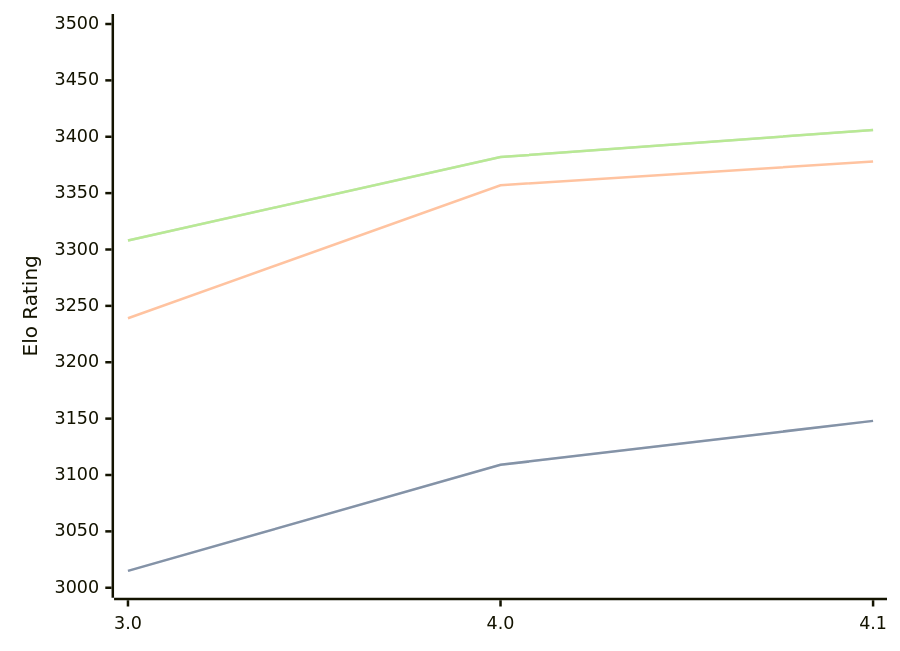
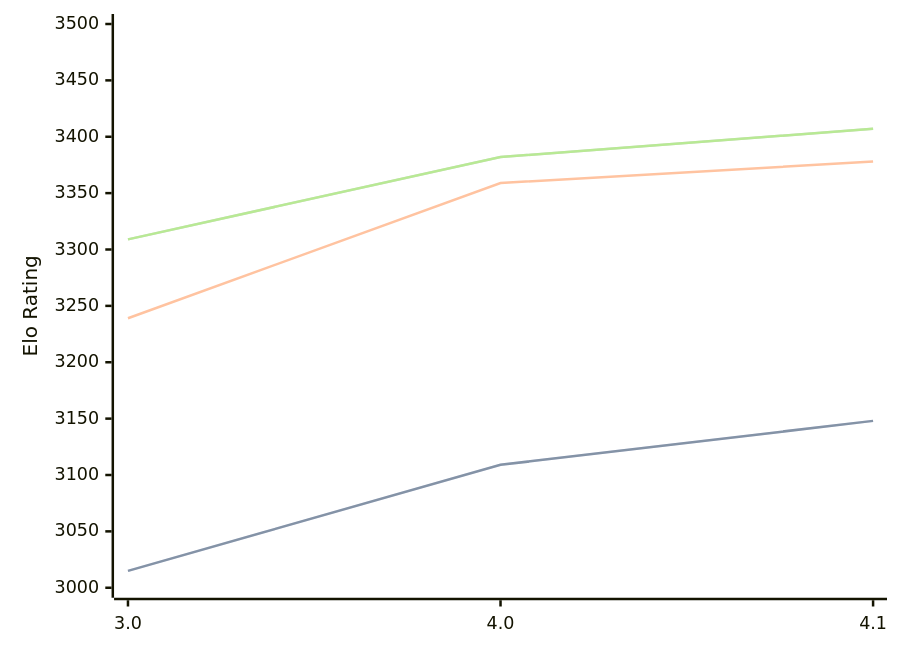
One commit to computer-chess-index/cci changed the first of 3 diagrams in engines/Eleanor.md. Above: the diagram before and after it, drawn with Mermaid. The commit also changed other lines of this file, not shown here.

Commit message:
Update CCI Ratings (ELO VLTC) - 2026-07-17

````diff
--- a/engines/Eleanor.md
+++ b/engines/Eleanor.md
@@ -35,11 +35,11 @@
 ```mermaid
 %%{init: {"theme":"base","themeVariables":{"seriesColors:['#a3a3a3','#222221','#faa371']}}}%%
 xychart-beta
   x-axis ["3.0", "4.0", "4.1"]
   y-axis "Elo Rating" 3000 --> 3500
   line "STC (8.0+0.08s)" [3015, 3109, 3148]
   line "STC (8.0+0.08s)" [3015, 3109, 3148]
-  line "LTC (60.0+0.60s)" [3239, 3357, 3378]
-  line "VLTC (2m24s+1.12s)" [3308, 3382, 3406]
-  line "VLTC (2m24s+1.12s)" [3308, 3382, 3406]
+  line "LTC (60.0+0.60s)" [3239, 3359, 3378]
+  line "VLTC (2m24s+1.12s)" [3309, 3382, 3407]
+  line "VLTC (2m24s+1.12s)" [3309, 3382, 3407]
 ```
````
